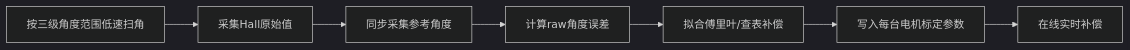
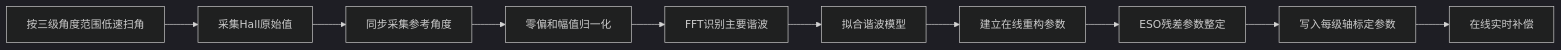
The second of 3 diagrams in 线性霍尔传感器/双线性霍尔位置检测方案规划与学习路线.md (Ciri-07/Project-of-a-multi-axis-handheld-gimbal-based-on-BLDC-and-piezoelectric-motors), drawn with Mermaid (dark theme) before and after one commit. The commit also changed other lines of this file and 10 other files, not shown here.

````diff
--- a/线性霍尔传感器/双线性霍尔位置检测方案规划与学习路线.md
+++ b/线性霍尔传感器/双线性霍尔位置检测方案规划与学习路线.md
@@ -277,9 +513,12 @@
 ```mermaid
 flowchart LR
     A[按三级角度范围低速扫角] --> B[采集Hall原始值]
     B --> C[同步采集参考角度]
-    C --> D[计算raw角度误差]
-    D --> E[拟合傅里叶/查表补偿]
-    E --> F[写入每台电机标定参数]
-    F --> G[在线实时补偿]
+    C --> D[零偏和幅值归一化]
+    D --> E[FFT识别主要谐波]
+    E --> F[拟合谐波模型]
+    F --> G[建立在线重构参数]
+    G --> H[ESO残差参数整定]
+    H --> I[写入每级轴标定参数]
+    I --> J[在线实时补偿]
 ```
````
